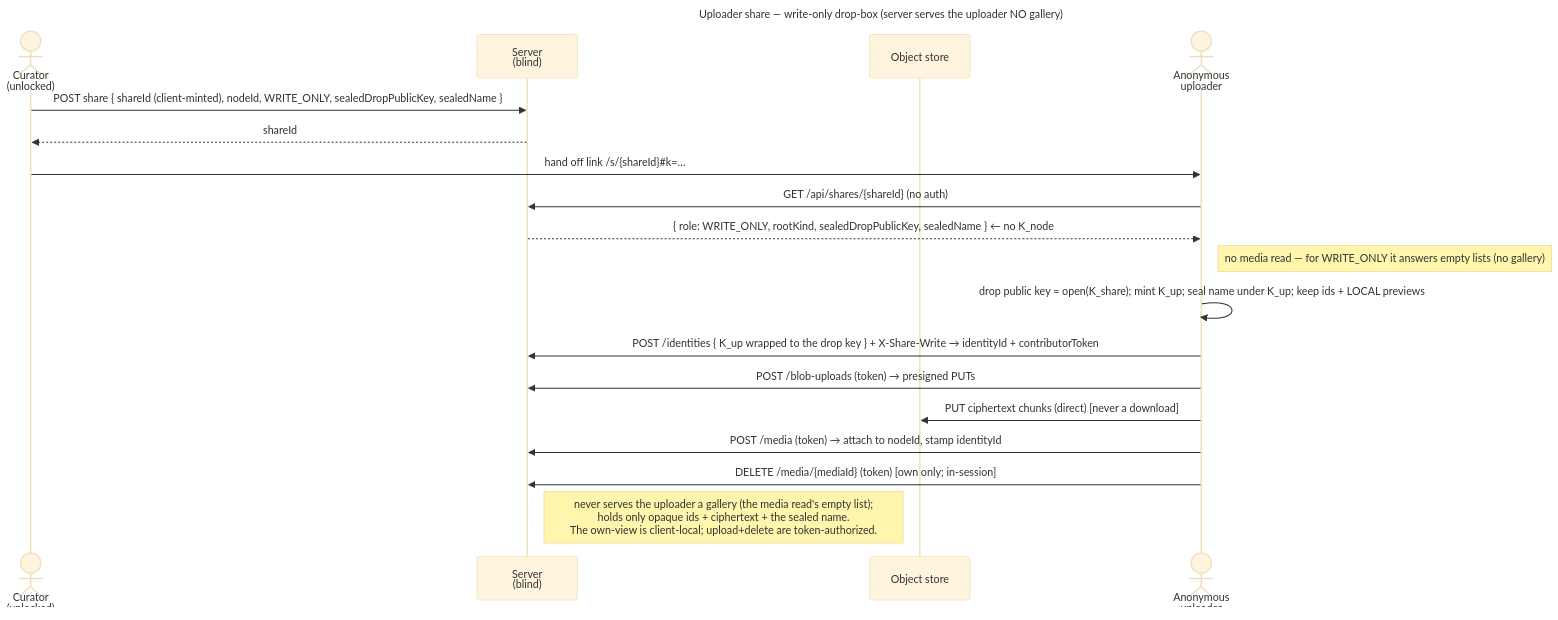
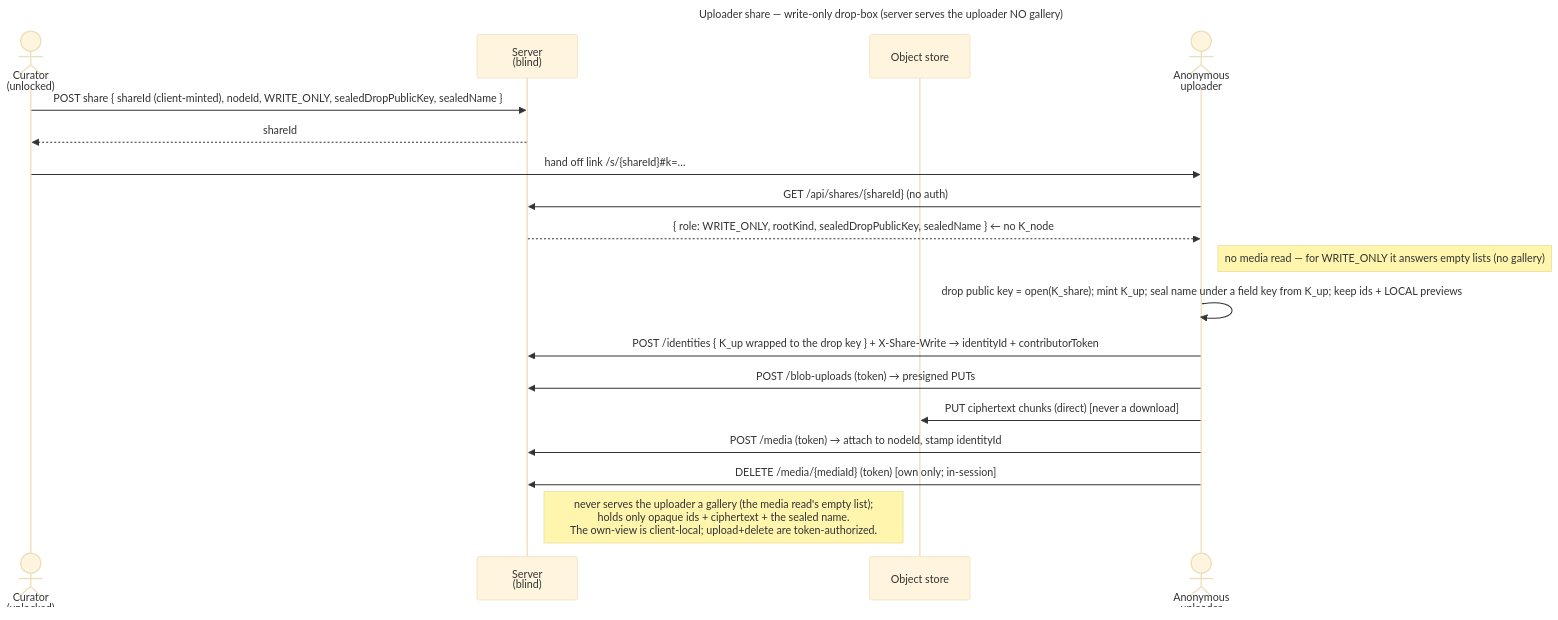
Before and after one commit to raddatzk/veyq: the diagram in docs/features/sharing/use-cases/uc.sharing.share-uploader.md, drawn with Mermaid (base theme). The commit also changed other lines of this file and 65 other files, not shown here.

First line of the commit message:
docs: every field seals under its own K_field — ADRs, enablers, use-cases, coverage, site (ADR 0093 § 9)

````diff
--- a/docs/features/sharing/use-cases/uc.sharing.share-uploader.md
+++ b/docs/features/sharing/use-cases/uc.sharing.share-uploader.md
@@ -55,23 +55,23 @@
 ```mermaid
 ---
 title: Uploader share — write-only drop-box (server serves the uploader NO gallery)
 ---
 sequenceDiagram
   actor C as Curator<br>(unlocked)
   participant S as Server<br>(blind)
   participant O as Object store
   actor V as Anonymous<br>uploader
   C->>S: POST share { shareId (client-minted), nodeId, WRITE_ONLY, sealedDropPublicKey, sealedName }
   S-->>C: shareId
   C->>V: hand off link /s/{shareId}#35;k=…
   V->>S: GET /api/shares/{shareId}   (no auth)
   S-->>V: { role: WRITE_ONLY, rootKind, sealedDropPublicKey, sealedName }   ← no K_node
   Note right of V: no media read — for WRITE_ONLY it answers empty lists (no gallery)
-  V->>V: drop public key = open(K_share)#59; mint K_up#59; seal name under K_up#59; keep ids + LOCAL previews
+  V->>V: drop public key = open(K_share)#59; mint K_up#59; seal name under a field key from K_up#59; keep ids + LOCAL previews
   V->>S: POST /identities { K_up wrapped to the drop key } + X-Share-Write → identityId + contributorToken
   V->>S: POST /blob-uploads (token) → presigned PUTs
   V->>O: PUT ciphertext chunks (direct)   [never a download]
   V->>S: POST /media (token) → attach to nodeId, stamp identityId
   V->>S: DELETE /media/{mediaId} (token)   [own only#59; in-session]
   Note right of S: never serves the uploader a gallery (the media read's empty list)#59;<br>holds only opaque ids + ciphertext + the sealed name.<br>The own-view is client-local#59; upload+delete are token-authorized.
 ```
````
